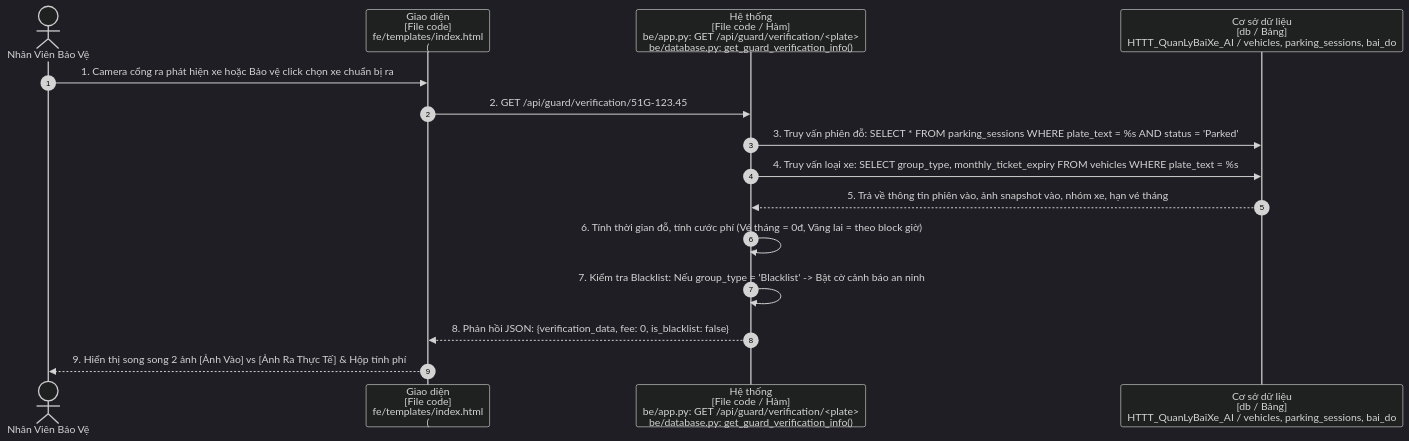
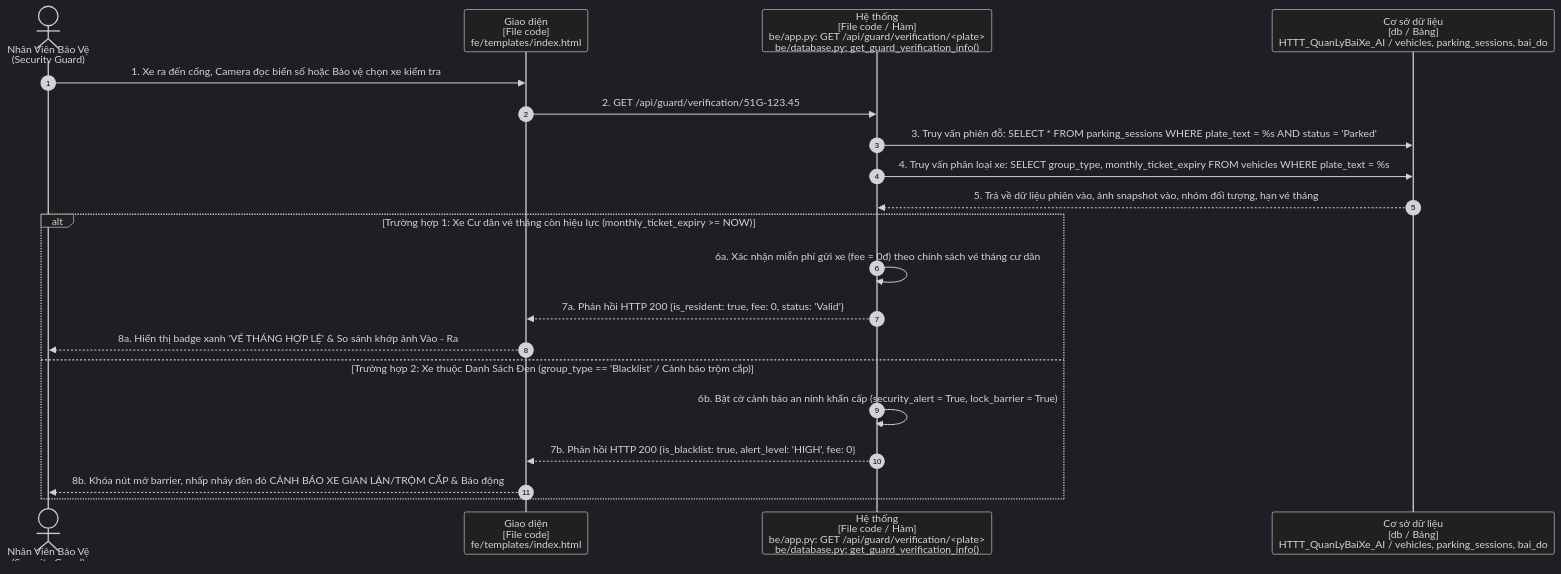
Before and after one commit to Truong027/CNPM24: the fifth of 9 diagrams in ongthanquoctruong_24CT2_cnpm/docs/SO_DO_TUAN_TU_CHI_TIET.md, drawn with Mermaid (dark theme). The commit also changed other lines of this file and 26 other files, not shown here.

Commit message:
docs: update sequence diagrams with actor stick figures, alt frames, and grouped by actor

````diff
--- a/ongthanquoctruong_24CT2_cnpm/docs/SO_DO_TUAN_TU_CHI_TIET.md
+++ b/ongthanquoctruong_24CT2_cnpm/docs/SO_DO_TUAN_TU_CHI_TIET.md
@@ -228,18 +212,24 @@
 ```mermaid
 sequenceDiagram
     autonumber
-    actor Guard as Nhân Viên Bảo Vệ
-    participant UI as Giao diện<br/>[File code]<br/>fe/templates/index.html<br/>(#guard-station-page, checkGuardLiveEvent)
+    actor Guard as Nhân Viên Bảo Vệ<br/>(Security Guard)
+    participant UI as Giao diện<br/>[File code]<br/>fe/templates/index.html
     participant Sys as Hệ thống<br/>[File code / Hàm]<br/>be/app.py: GET /api/guard/verification/<plate><br/>be/database.py: get_guard_verification_info()
     participant DB as Cơ sở dữ liệu<br/>[db / Bảng]<br/>HTTT_QuanLyBaiXe_AI / vehicles, parking_sessions, bai_do
 
-    Guard->>UI: 1. Camera cổng ra phát hiện xe hoặc Bảo vệ click chọn xe chuẩn bị ra
+    Guard->>UI: 1. Xe ra đến cổng, Camera đọc biển số hoặc Bảo vệ chọn xe kiểm tra
     UI->>Sys: 2. GET /api/guard/verification/51G-123.45
     Sys->>DB: 3. Truy vấn phiên đỗ: SELECT * FROM parking_sessions WHERE plate_text = %s AND status = 'Parked'
-    Sys->>DB: 4. Truy vấn loại xe: SELECT group_type, monthly_ticket_expiry FROM vehicles WHERE plate_text = %s
-    DB-->>Sys: 5. Trả về thông tin phiên vào, ảnh snapshot vào, nhóm xe, hạn vé tháng
-    Sys->>Sys: 6. Tính thời gian đỗ, tính cước phí (Vé tháng = 0đ, Vãng lai = theo block giờ)
-    Sys->>Sys: 7. Kiểm tra Blacklist: Nếu group_type = 'Blacklist' -> Bật cờ cảnh báo an ninh
-    Sys-->>UI: 8. Phản hồi JSON: {verification_data, fee: 0, is_blacklist: false}
-    UI-->>Guard: 9. Hiển thị song song 2 ảnh [Ảnh Vào] vs [Ảnh Ra Thực Tế] & Hộp tính phí
+    Sys->>DB: 4. Truy vấn phân loại xe: SELECT group_type, monthly_ticket_expiry FROM vehicles WHERE plate_text = %s
+    DB-->>Sys: 5. Trả về dữ liệu phiên vào, ảnh snapshot vào, nhóm đối tượng, hạn vé tháng
+
+    alt Trường hợp 1: Xe Cư dân vé tháng còn hiệu lực (monthly_ticket_expiry >= NOW)
+        Sys->>Sys: 6a. Xác nhận miễn phí gửi xe (fee = 0đ) theo chính sách vé tháng cư dân
+        Sys-->>UI: 7a. Phản hồi HTTP 200 {is_resident: true, fee: 0, status: 'Valid'}
+        UI-->>Guard: 8a. Hiển thị badge xanh 'VÉ THÁNG HỢP LỆ' & So sánh khớp ảnh Vào - Ra
+    else Trường hợp 2: Xe thuộc Danh Sách Đen (group_type == 'Blacklist' / Cảnh báo trộm cắp)
+        Sys->>Sys: 6b. Bật cờ cảnh báo an ninh khẩn cấp (security_alert = True, lock_barrier = True)
+        Sys-->>UI: 7b. Phản hồi HTTP 200 {is_blacklist: true, alert_level: 'HIGH', fee: 0}
+        UI-->>Guard: 8b. Khóa nút mở barrier, nhấp nháy đèn đỏ CẢNH BÁO XE GIAN LẬN/TRỘM CẮP & Báo động
+    end
 ```
````
